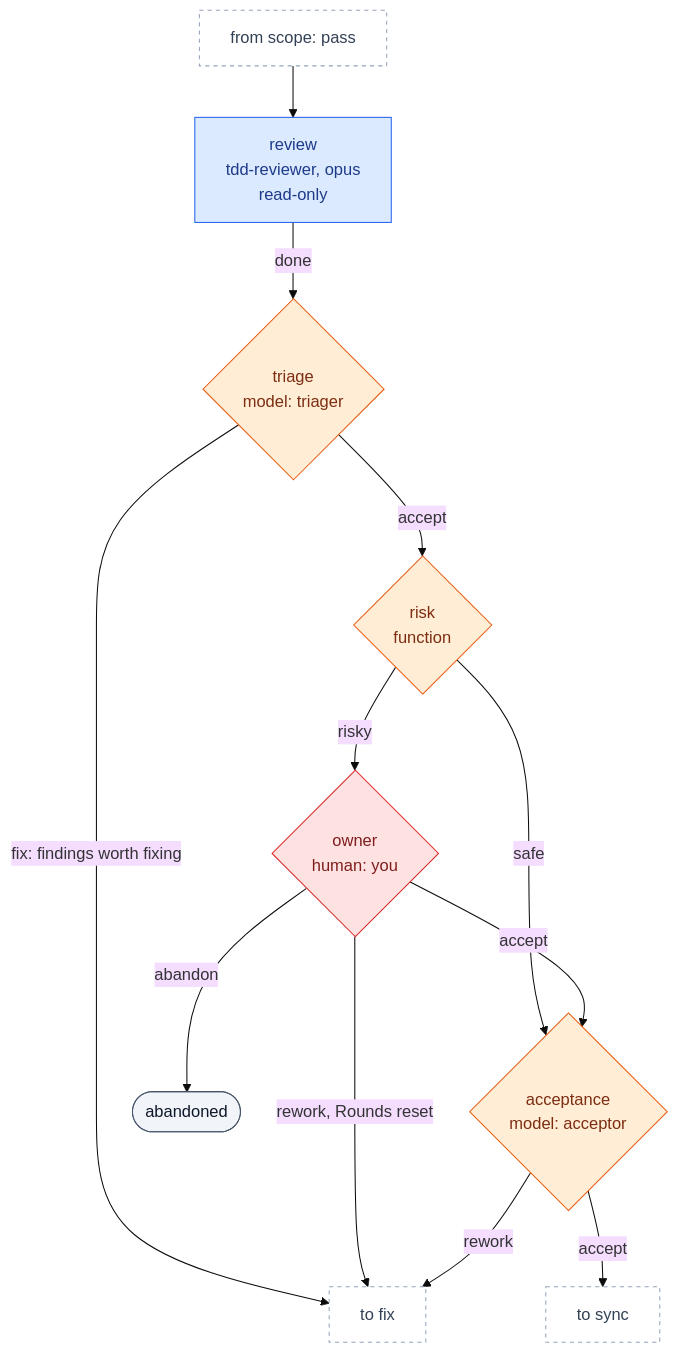
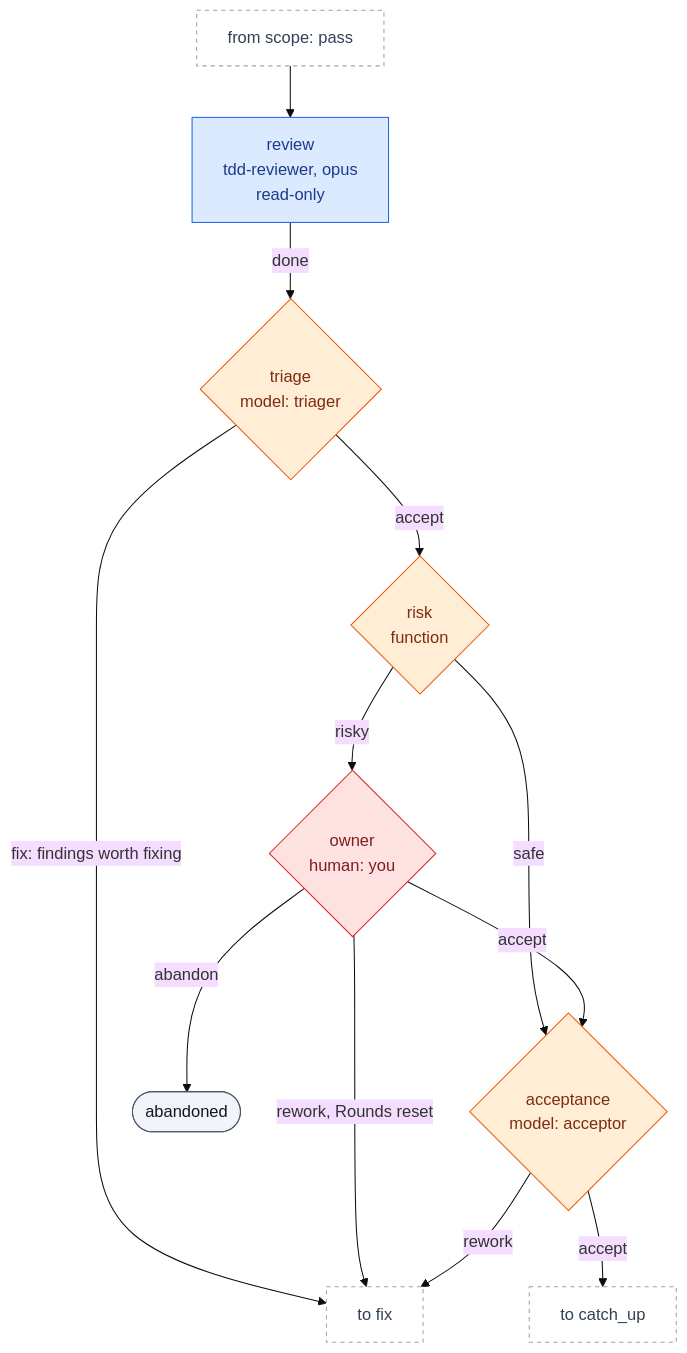
The seventh of 10 diagrams in docs/guide/04-pipelines.md (Zepp333333/factory), drawn with Mermaid (base theme) before and after one commit. The commit also changed other lines of this file and 54 other files, not shown here.

First line of the commit message:
Rename Operation sync to catch_up, the Gates after it to combined and Role ci_fixer to ci-fixer, and make factory check name the new names (#318)

````diff
--- a/docs/guide/04-pipelines.md
+++ b/docs/guide/04-pipelines.md
@@ -430,19 +442,19 @@
 ```mermaid
 flowchart TB
     from["from scope: pass"]:::next --> review["review<br/>tdd-reviewer, opus<br/>read-only"]:::stage
     review -- done --> triage{"triage<br/>model: triager"}:::decision
     triage -- "fix: findings worth fixing" --> fix["to fix"]:::next
     triage -- accept --> risk{"risk<br/>function"}:::decision
     risk -- safe --> acceptance{"acceptance<br/>model: acceptor"}:::decision
     risk -- risky --> owner{"owner<br/>human: you"}:::human
     owner -- accept --> acceptance
     owner -- "rework, Rounds reset" --> fix
     owner -- abandon --> abandoned(["abandoned"]):::terminal
     acceptance -- rework --> fix
-    acceptance -- accept --> sync["to sync"]:::next
+    acceptance -- accept --> catch_up["to catch_up"]:::next
     classDef stage fill:#dbeafe,stroke:#2563eb,color:#1e3a8a
     classDef decision fill:#ffedd5,stroke:#ea580c,color:#7c2d12
     classDef human fill:#fee2e2,stroke:#dc2626,color:#7f1d1d
     classDef terminal fill:#f1f5f9,stroke:#475569,color:#0f172a
     classDef next fill:#ffffff,stroke:#94a3b8,stroke-dasharray:4 4,color:#334155
 ```
````
